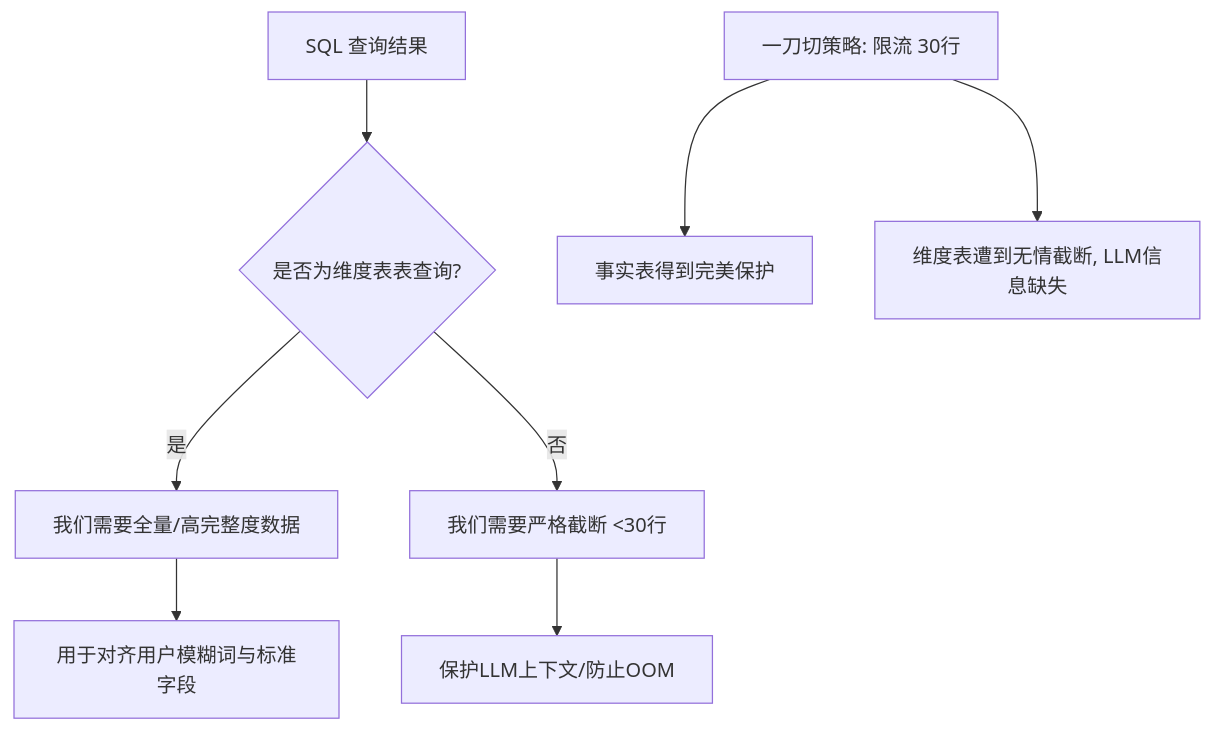
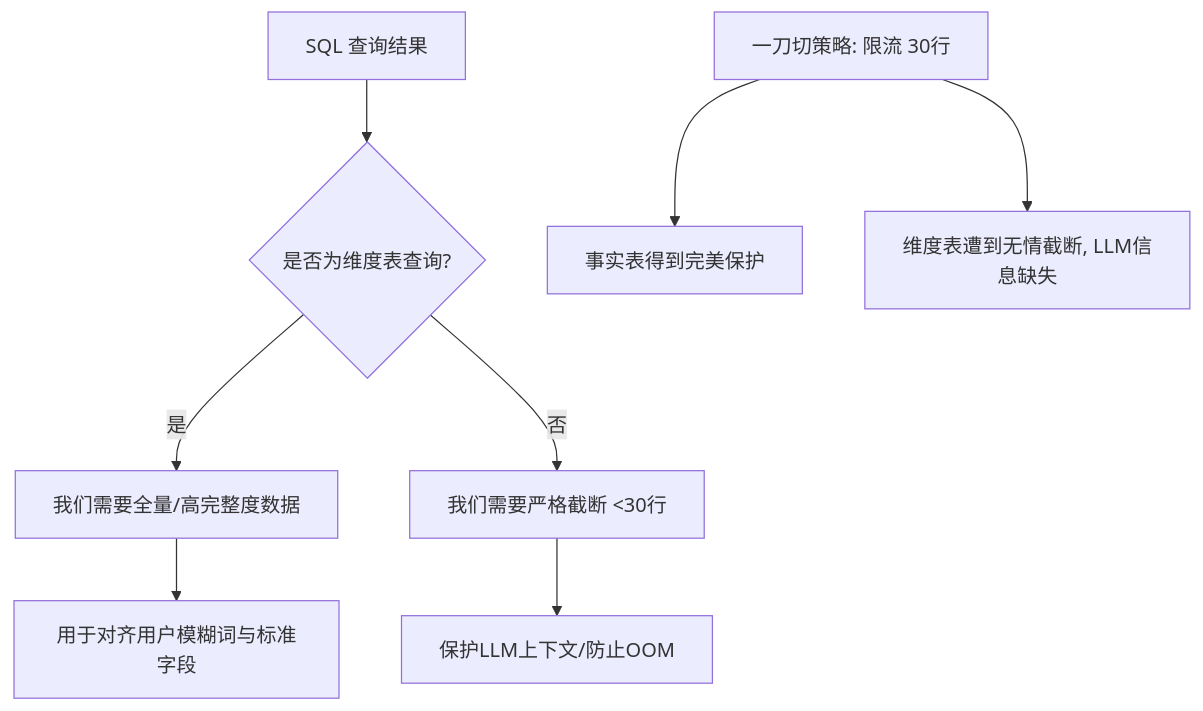
The diagram in docs/sql_result_truncation_analysis.md (juliusceasar1130/react_agent), drawn with Mermaid before and after one commit. The commit also changed other lines of this file and 6 other files, not shown here.

````diff
--- a/docs/sql_result_truncation_analysis.md
+++ b/docs/sql_result_truncation_analysis.md
@@ -9,11 +9,11 @@
 ```mermaid
 graph TD
-    A[SQL 查询结果] --> B{是否为维度表表查询?}
+    A[SQL 查询结果] --> B{是否为维度表查询?}
     B -- 是 --> C[我们需要全量/高完整度数据]
     C --> D[用于对齐用户模糊词与标准字段]
     B -- 否 --> E[我们需要严格截断 <30行]
     E --> F[保护LLM上下文/防止OOM]
-    
+
     G[一刀切策略: 限流 30行] --> H[事实表得到完美保护]
     G --> I[维度表遭到无情截断, LLM信息缺失]
 ```
````
